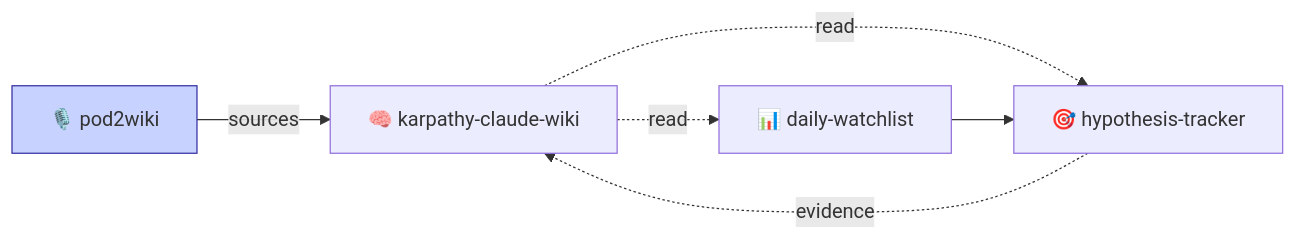
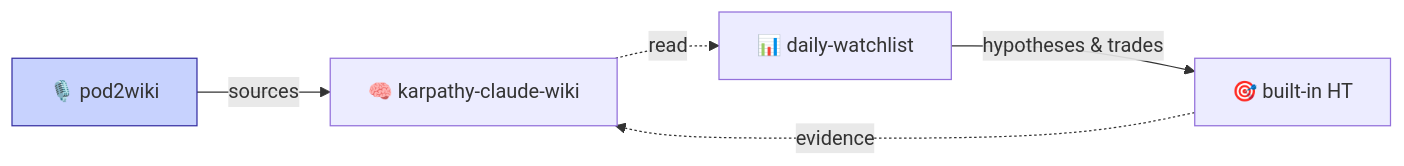
Before and after one commit to Benboerba620/pod2wiki: the diagram in README.md, drawn with Mermaid. The commit also changed other lines of this file and 2 other files, not shown here.

Commit message:
docs: fold hypothesis tracker into daily workflow

````diff
--- a/README.md
+++ b/README.md
@@ -12,9 +12,8 @@
 ```mermaid
 flowchart LR
     P[🎙️ pod2wiki] -->|sources| W[🧠 karpathy-claude-wiki]
     W -.->|read| D[📊 daily-watchlist]
-    W -.->|read| H[🎯 hypothesis-tracker]
-    D --> H
-    H -.->|evidence| W
+    D -->|hypotheses & trades| DHT[🎯 built-in HT]
+    DHT -.->|evidence| W
     style P fill:#c7d2fe,stroke:#3730a3
 ```
````
